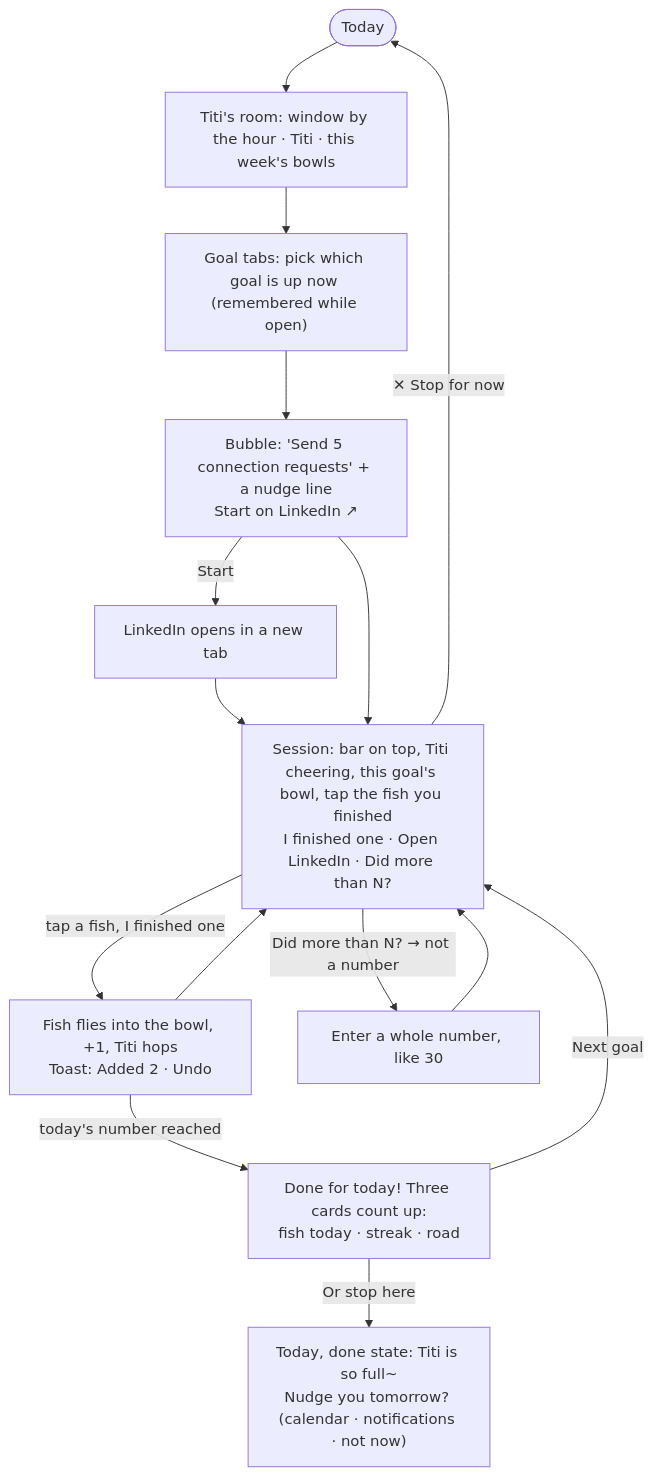
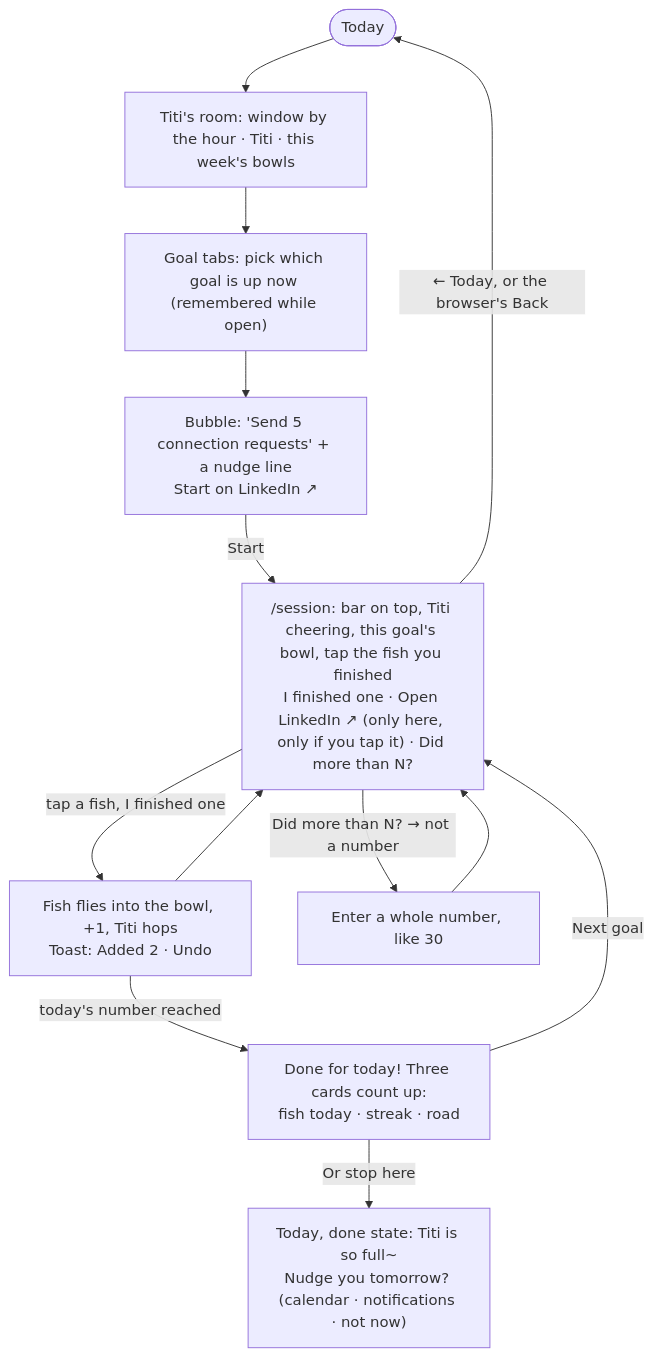
The second of 4 diagrams in flows.md (jessieyiqichen/dbs-a3), drawn with Mermaid before and after one commit. The commit also changed other lines of this file and 4 other files, not shown here.

Commit message:
docs: session route, the one rule for opening websites, states image

````diff
--- a/flows.md
+++ b/flows.md
@@ -36,16 +36,14 @@
 ```mermaid
 flowchart TD
     T([Today]) --> R["Titi's room: window by the hour · Titi · this week's bowls"]
     R --> G["Goal tabs: pick which goal is up now (remembered while open)"]
     G --> B["Bubble: 'Send 5 connection requests' + a nudge line\nStart on LinkedIn ↗"]
-    B -->|Start| L[LinkedIn opens in a new tab]
-    L --> S
-    B --> S["Session: bar on top, Titi cheering, this goal's bowl, tap the fish you finished\nI finished one · Open LinkedIn · Did more than N?"]
+    B -->|Start| S["/session: bar on top, Titi cheering, this goal's bowl, tap the fish you finished\nI finished one · Open LinkedIn ↗ (only here, only if you tap it) · Did more than N?"]
     S -->|tap a fish, I finished one| F["Fish flies into the bowl, +1, Titi hops\nToast: Added 2 · Undo"]
     F --> S
     S -->|Did more than N? → not a number| SE["Enter a whole number, like 30"] --> S
-    S -->|✕ Stop for now| T
+    S -->|← Today, or the browser's Back| T
     F -->|today's number reached| D["Done for today! Three cards count up:\nfish today · streak · road"]
     D -->|Next goal| S
     D -->|Or stop here| T2["Today, done state: Titi is so full~\nNudge you tomorrow? (calendar · notifications · not now)"]
 ```
````
